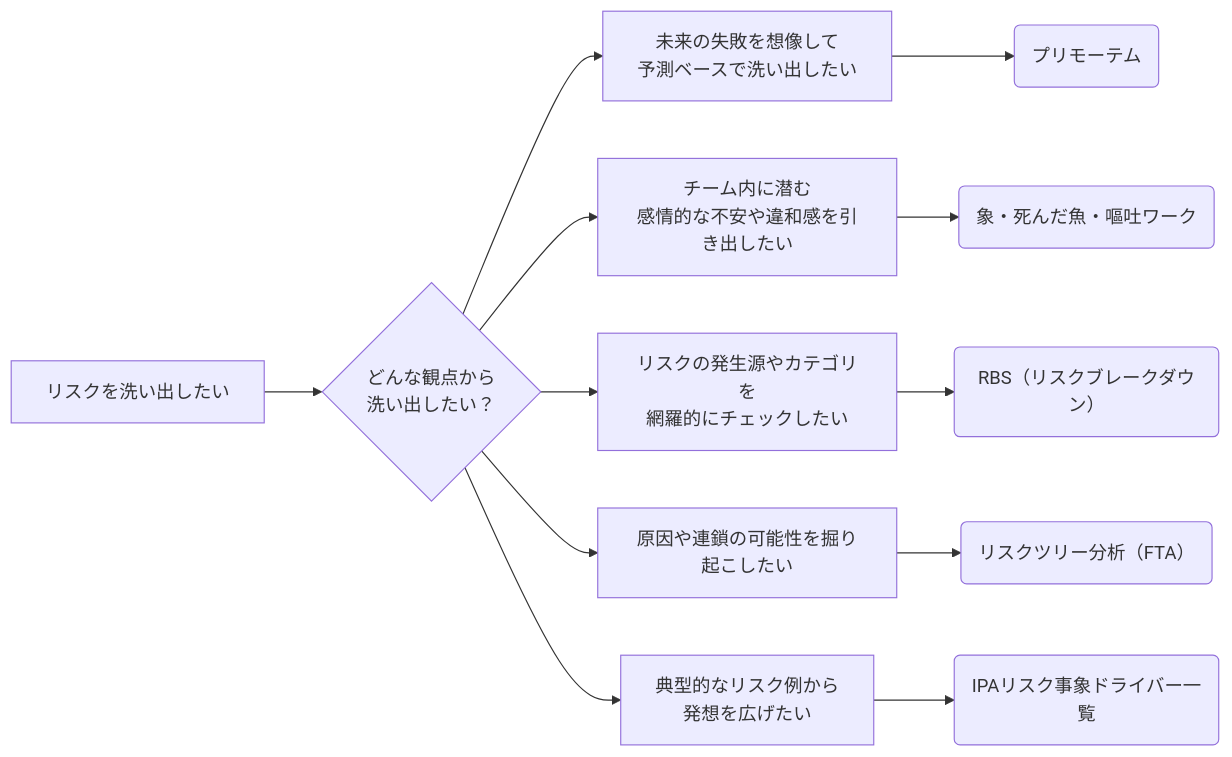
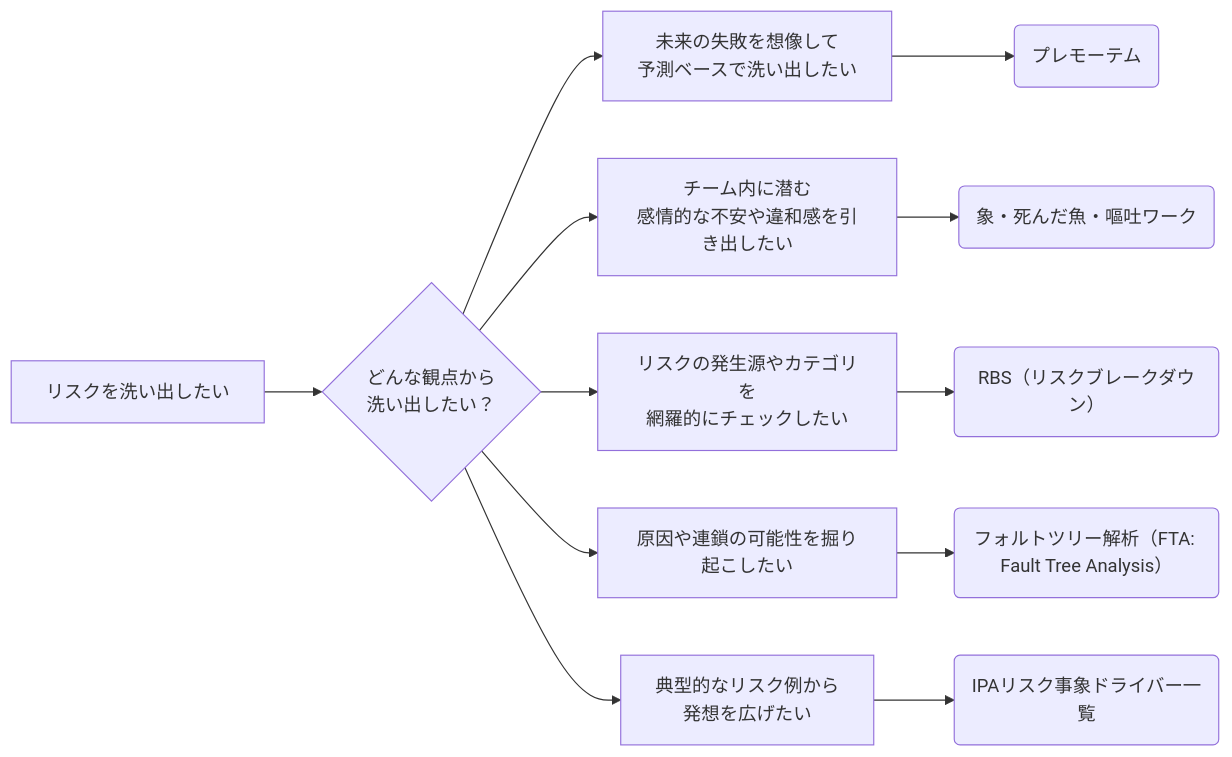
Before and after one commit to dodonki1223/articles: the ninth of 14 diagrams in 25_プロジェクトを円滑に進めたいならタスクではなくリスクを見よ！.md, drawn with Mermaid. The commit also changed other lines of this file, not shown here.

````diff
--- a/25_プロジェクトを円滑に進めたいならタスクではなくリスクを見よ！.md
+++ b/25_プロジェクトを円滑に進めたいならタスクではなくリスクを見よ！.md
@@ -579,16 +579,16 @@
 ```mermaid
 graph LR
   A[リスクを洗い出したい] --> B{どんな観点から<br>洗い出したい？}
 
   B --> C1[未来の失敗を想像して<br>予測ベースで洗い出したい]
   B --> C2[チーム内に潜む<br>感情的な不安や違和感を引き出したい]
   B --> C3[リスクの発生源やカテゴリを<br>網羅的にチェックしたい]
   B --> C4[原因や連鎖の可能性を掘り起こしたい]
   B --> C5[典型的なリスク例から<br>発想を広げたい]
 
-  C1 --> D1(プリモーテム)
+  C1 --> D1(プレモーテム)
   C2 --> D2(象・死んだ魚・嘔吐ワーク)
   C3 --> D3(RBS（リスクブレークダウン）)
-  C4 --> D4(リスクツリー分析（FTA）)
+  C4 --> D4(フォルトツリー解析（FTA: Fault Tree Analysis）)
   C5 --> D5(IPAリスク事象ドライバー一覧)
 ```
````
